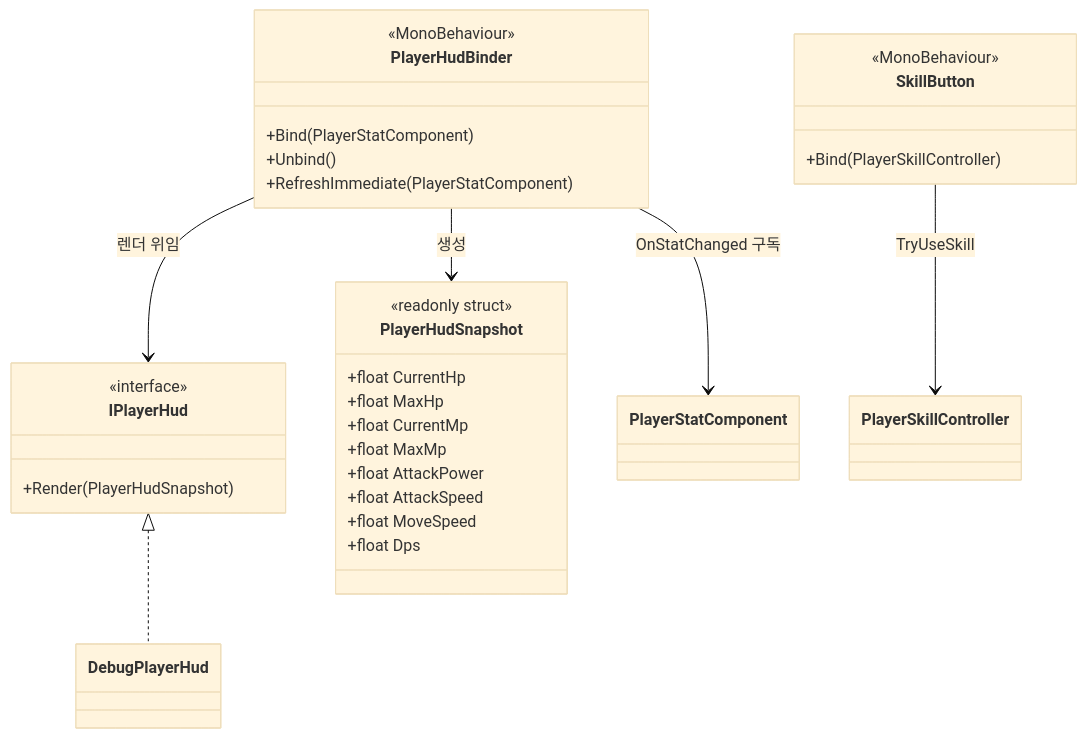
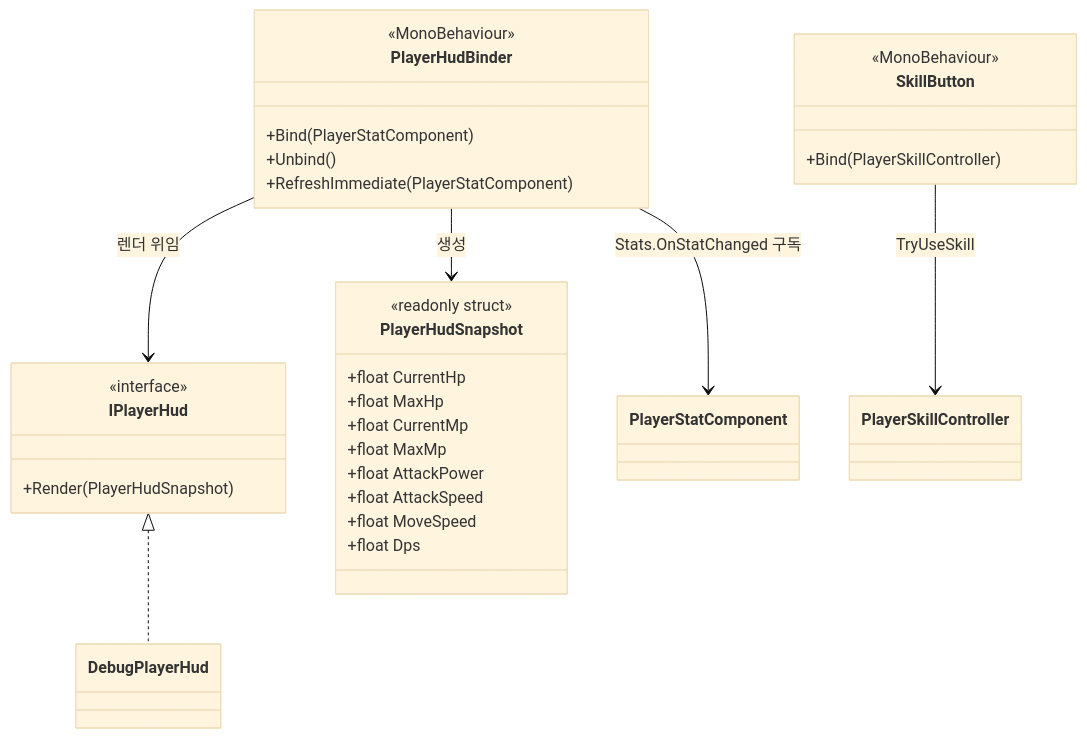
Before and after one commit to hanwoolhanwool/Idle-Game: the first of 3 diagrams in docs/specs/player/presentation.md, drawn with Mermaid (base theme). The commit also changed other lines of this file and 4 other files, not shown here.

````diff
--- a/docs/specs/player/presentation.md
+++ b/docs/specs/player/presentation.md
@@ -42,34 +42,34 @@
 ```mermaid
 classDiagram
     class IPlayerHud {
         <<interface>>
         +Render(PlayerHudSnapshot)
     }
     class PlayerHudSnapshot {
         <<readonly struct>>
         +float CurrentHp
         +float MaxHp
         +float CurrentMp
         +float MaxMp
         +float AttackPower
         +float AttackSpeed
         +float MoveSpeed
         +float Dps
     }
     class PlayerHudBinder {
         <<MonoBehaviour>>
         +Bind(PlayerStatComponent)
         +Unbind()
         +RefreshImmediate(PlayerStatComponent)
     }
     class SkillButton {
         <<MonoBehaviour>>
         +Bind(PlayerSkillController)
     }
 
     IPlayerHud <|.. DebugPlayerHud
     PlayerHudBinder --> IPlayerHud : 렌더 위임
     PlayerHudBinder --> PlayerHudSnapshot : 생성
-    PlayerHudBinder --> PlayerStatComponent : OnStatChanged 구독
+    PlayerHudBinder --> PlayerStatComponent : Stats.OnStatChanged 구독
     SkillButton --> PlayerSkillController : TryUseSkill
 ```
````
